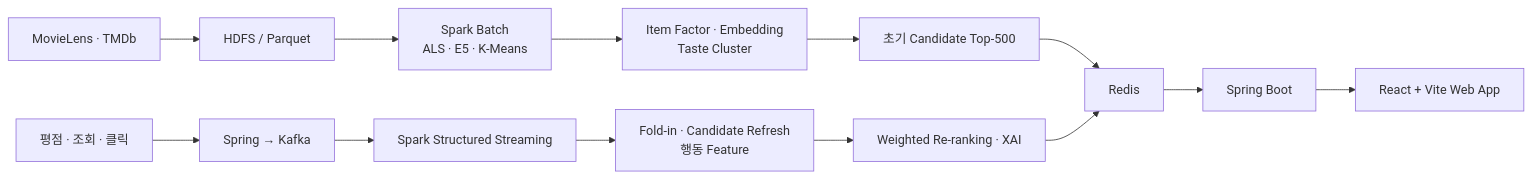
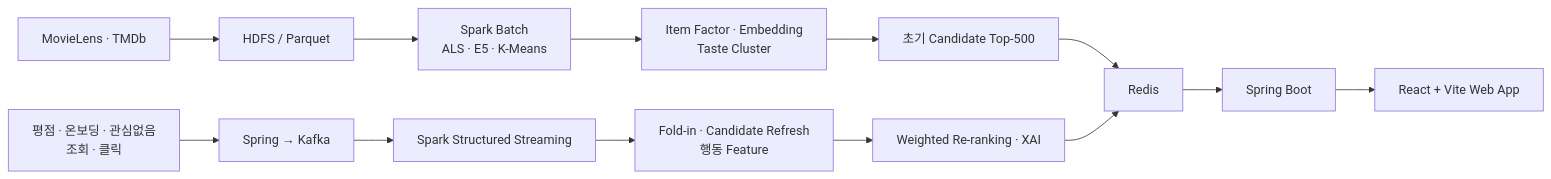
Before and after one commit to koongya-studio/feelm: the third of 3 diagrams in README.md, drawn with Mermaid. The commit also changed other lines of this file and 2 other files, not shown here.

Commit message:
[S15P21E106-131] docs: Kafka 이벤트·Redis 추천 키 계약 작성

````diff
--- a/README.md
+++ b/README.md
@@ -334,15 +334,15 @@
 ```mermaid
 flowchart LR
     A["MovieLens · TMDb"] --> B["HDFS / Parquet"]
     B --> C["Spark Batch<br/>ALS · E5 · K-Means"]
     C --> D["Item Factor · Embedding<br/>Taste Cluster"]
     D --> E["초기 Candidate Top-500"]
     E --> F["Redis"]
-    G["평점 · 조회 · 클릭"] --> H["Spring → Kafka"]
+    G["평점 · 온보딩 · 관심없음<br/>조회 · 클릭"] --> H["Spring → Kafka"]
     H --> I["Spark Structured Streaming"]
     I --> J["Fold-in · Candidate Refresh<br/>행동 Feature"]
     J --> K["Weighted Re-ranking · XAI"]
     K --> F
     F --> L["Spring Boot"]
     L --> M["React + Vite Web App"]
 ```
````
